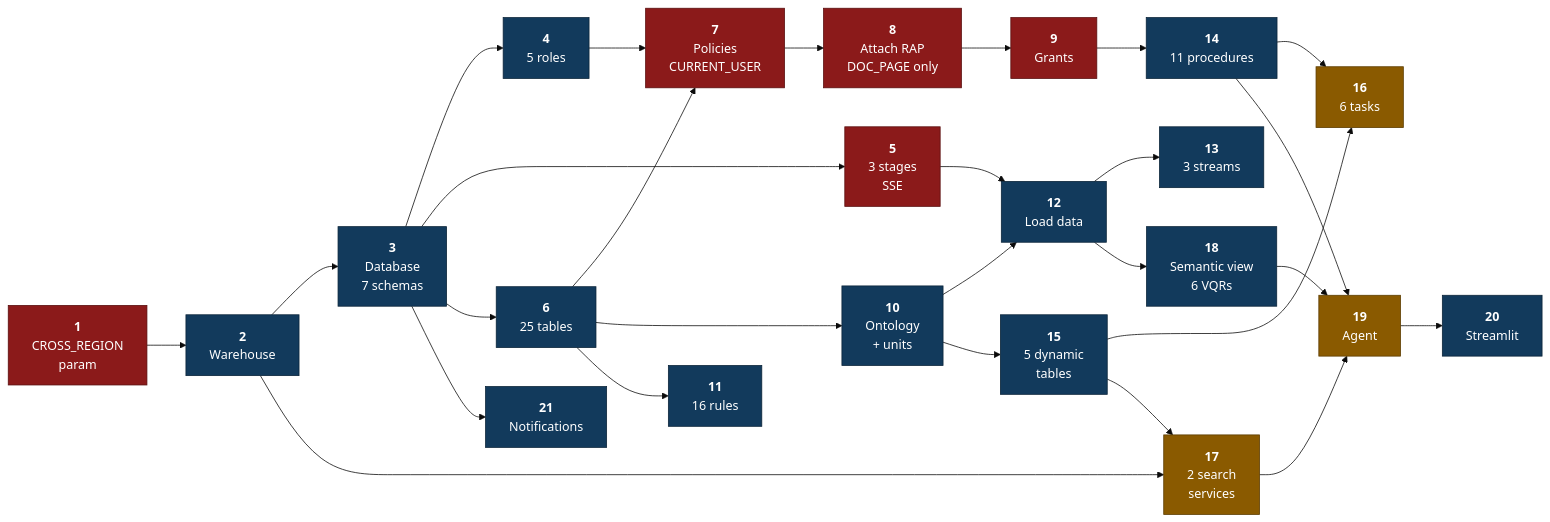
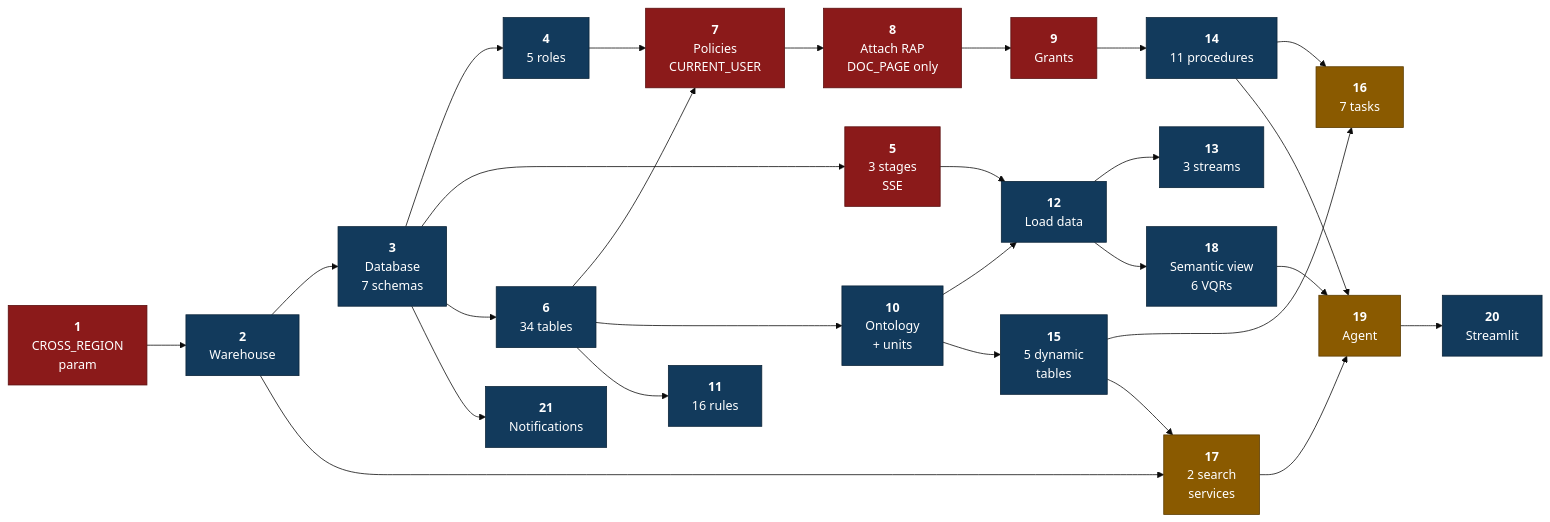
One commit to DanushArun/patient-360 changed the sixth of 16 diagrams in planning/revised-architecture/ARCHITECTURE-DIAGRAMS.md. Above: the diagram before and after it, drawn with Mermaid (base theme). The commit also changed other lines of this file and 10 other files, not shown here.

First line of the commit message:
update(architecture): remove HOUSEHOLD, land 34-table schema, refresh model roster

````diff
--- a/planning/revised-architecture/ARCHITECTURE-DIAGRAMS.md
+++ b/planning/revised-architecture/ARCHITECTURE-DIAGRAMS.md
@@ -489,52 +490,52 @@
 ```mermaid
 flowchart LR
     S1["<b>1</b><br/>CROSS_REGION<br/>param"]
     S2["<b>2</b><br/>Warehouse"]
     S3["<b>3</b><br/>Database<br/>7 schemas"]
     S4["<b>4</b><br/>5 roles"]
     S5["<b>5</b><br/>3 stages<br/>SSE"]
-    S6["<b>6</b><br/>25 tables"]
+    S6["<b>6</b><br/>34 tables"]
     S7["<b>7</b><br/>Policies<br/>CURRENT_USER"]
     S8["<b>8</b><br/>Attach RAP<br/>DOC_PAGE only"]
     S9["<b>9</b><br/>Grants"]
     S10["<b>10</b><br/>Ontology<br/>+ units"]
     S11["<b>11</b><br/>16 rules"]
     S12["<b>12</b><br/>Load data"]
     S13["<b>13</b><br/>3 streams"]
     S14["<b>14</b><br/>11 procedures"]
     S15["<b>15</b><br/>5 dynamic<br/>tables"]
-    S16["<b>16</b><br/>6 tasks"]
+    S16["<b>16</b><br/>7 tasks"]
     S17["<b>17</b><br/>2 search<br/>services"]
     S18["<b>18</b><br/>Semantic view<br/>6 VQRs"]
     S19["<b>19</b><br/>Agent"]
     S20["<b>20</b><br/>Streamlit"]
     S21["<b>21</b><br/>Notifications"]
 
     S1 --> S2 --> S3
     S3 --> S4 --> S7
     S3 --> S5 --> S12
     S3 --> S6 --> S7
     S3 --> S21
     S7 --> S8 --> S9 --> S14
     S6 --> S10 --> S12
     S6 --> S11
     S10 --> S15
     S12 --> S13
     S12 --> S18
     S14 --> S16
     S15 --> S16
     S2 --> S17
     S15 --> S17
     S14 --> S19
     S17 --> S19
     S18 --> S19
     S19 --> S20
 
     classDef gate fill:#8b1a1a,stroke:#5a0f0f,color:#fff
     classDef norm fill:#123a5c,stroke:#0b2439,color:#fff
     classDef ai fill:#8a5a00,stroke:#5c3c00,color:#fff
 
     class S1,S5,S7,S8,S9 gate
     class S2,S3,S4,S6,S10,S11,S12,S13,S14,S15,S18,S20,S21 norm
     class S16,S17,S19 ai
 ```
````
